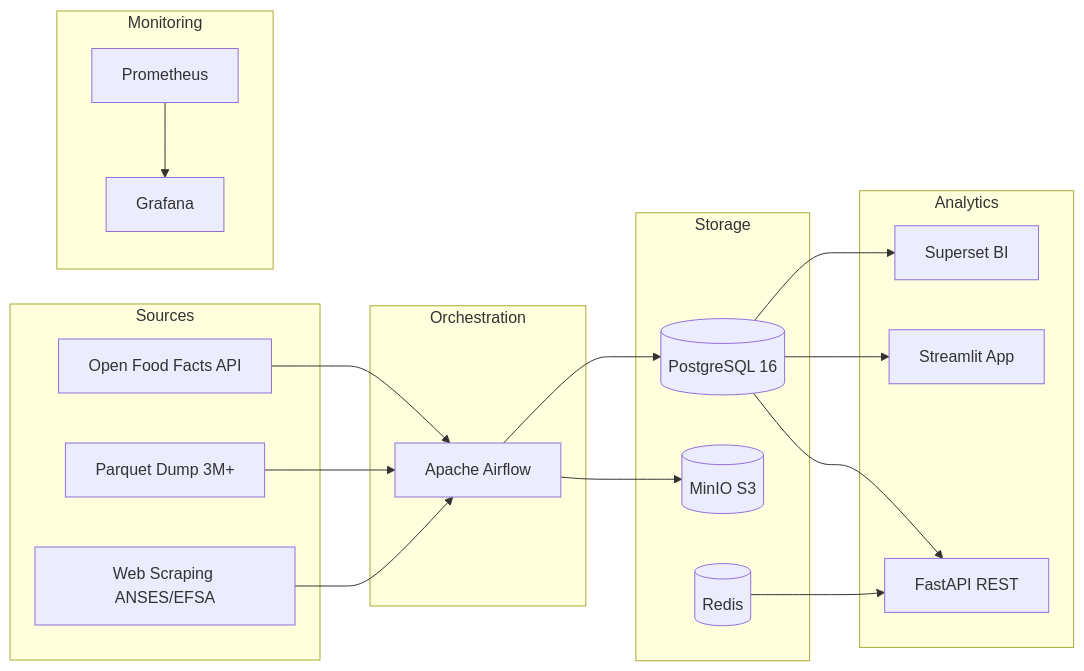
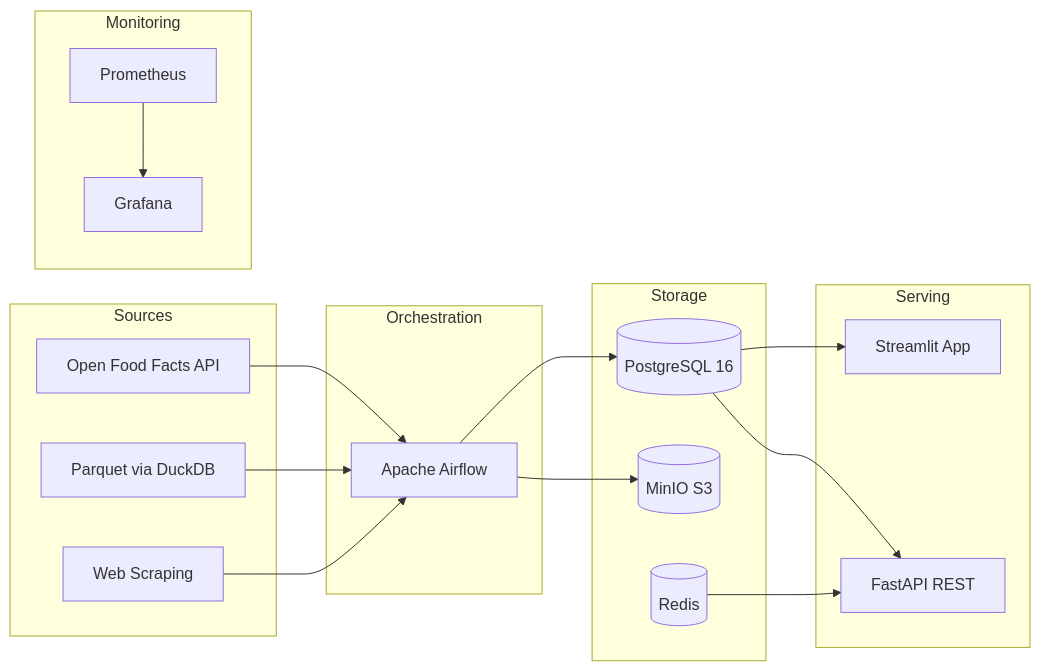
The diagram in nutritrack/mkdocs/docs/index.md (Reetika12795/NutriTrack), drawn with Mermaid before and after one commit. The commit also changed other lines of this file and 26 other files, not shown here.

````diff
--- a/nutritrack/mkdocs/docs/index.md
+++ b/nutritrack/mkdocs/docs/index.md
@@ -13,40 +28,38 @@
 ```mermaid
 graph LR
     subgraph Sources
         OFF[Open Food Facts API]
-        PQ[Parquet Dump 3M+]
-        WS[Web Scraping ANSES/EFSA]
+        PQ[Parquet via DuckDB]
+        WS[Web Scraping]
     end
 
     subgraph Orchestration
         AF[Apache Airflow]
     end
 
     subgraph Storage
         PG[(PostgreSQL 16)]
         MN[(MinIO S3)]
         RD[(Redis)]
     end
 
-    subgraph Analytics
-        SS[Superset BI]
+    subgraph Serving
         ST[Streamlit App]
         API[FastAPI REST]
     end
 
     subgraph Monitoring
         PR[Prometheus]
         GF[Grafana]
     end
 
     OFF --> AF
     PQ --> AF
     WS --> AF
     AF --> PG
     AF --> MN
-    PG --> SS
     PG --> API
     PG --> ST
     RD --> API
     PR --> GF
 ```
````
